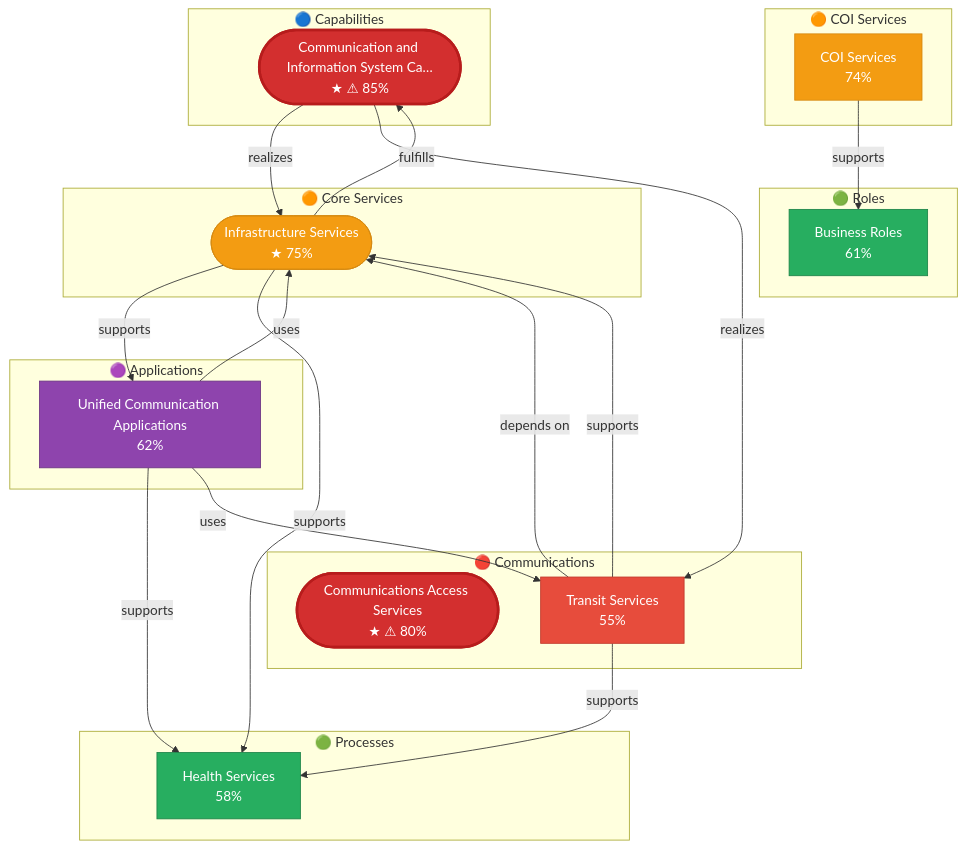
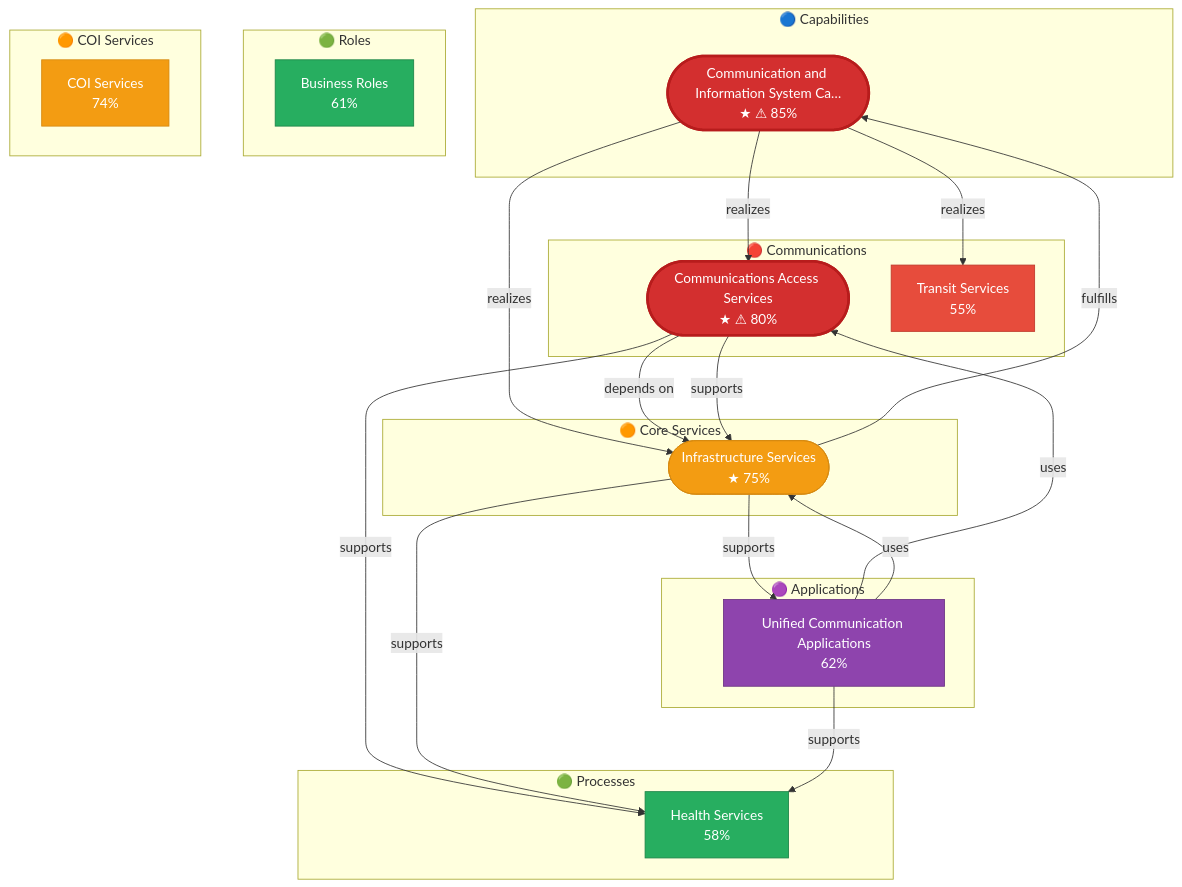
One commit to carstenartur/Taxonomy changed the second of 2 diagrams in README.md. Above: the diagram before and after it, drawn with Mermaid. The commit also changed other lines of this file and 9 other files, not shown here.

Commit message:
Fix isolated nodes in architecture diagram via multi-endpoint impact selection and load-balanced edge rerouting (#315)

````diff
--- a/README.md
+++ b/README.md
@@ -63,55 +63,55 @@
 ```mermaid
 flowchart TD
     subgraph Capabilities["🔵 Capabilities"]
         CP_1023(["Communication and Information System Ca…<br/>★ ⚠ 85%"])
     end
     subgraph Business_Roles["🟢 Roles"]
         BR["Business Roles<br/>61%"]
     end
     subgraph Business_Processes["🟢 Processes"]
         BP_1490["Health Services<br/>58%"]
     end
     subgraph Core_Services["🟠 Core Services"]
         CR_1047(["Infrastructure Services<br/>★ 75%"])
     end
     subgraph COI_Services["🟠 COI Services"]
         CI["COI Services<br/>74%"]
     end
     subgraph User_Applications["🟣 Applications"]
         UA_1574["Unified Communication Applications<br/>62%"]
     end
     subgraph Communications_Services["🔴 Communications"]
         CO_1011(["Communications Access Services<br/>★ ⚠ 80%"])
         CO_1050["Transit Services<br/>55%"]
     end
+    CP_1023 -->|realizes| CO_1011
     CP_1023 -->|realizes| CR_1047
+    CO_1011 -->|depends on| CR_1047
+    CO_1011 -->|supports| CR_1047
     CR_1047 -->|fulfills| CP_1023
     CR_1047 -->|supports| UA_1574
+    UA_1574 -->|uses| CO_1011
     UA_1574 -->|uses| CR_1047
+    CO_1011 -->|supports| BP_1490
     CR_1047 -->|supports| BP_1490
     UA_1574 -->|supports| BP_1490
     CP_1023 -->|realizes| CO_1050
-    CO_1050 -->|supports| BP_1490
-    CO_1050 -->|depends on| CR_1047
-    CO_1050 -->|supports| CR_1047
-    UA_1574 -->|uses| CO_1050
-    CI -->|supports| BR
     classDef cap fill:#4A90D9,color:#fff,stroke:#2171B5
     classDef proc fill:#27AE60,color:#fff,stroke:#1E8449
     classDef role fill:#27AE60,color:#fff,stroke:#1E8449
     classDef svc fill:#F39C12,color:#fff,stroke:#D68910
     classDef app fill:#8E44AD,color:#fff,stroke:#6C3483
     classDef info fill:#3498DB,color:#fff,stroke:#2980B9
     classDef comm fill:#E74C3C,color:#fff,stroke:#C0392B
     classDef hotspot fill:#D32F2F,color:#fff,stroke:#B71C1C,stroke-width:3px
     class CP_1023 cap
     class CP_1023 hotspot
     class BR role
     class BP_1490 proc
     class CR_1047 svc
     class CI svc
     class UA_1574 app
     class CO_1011 comm
     class CO_1011 hotspot
     class CO_1050 comm
 ```
````
